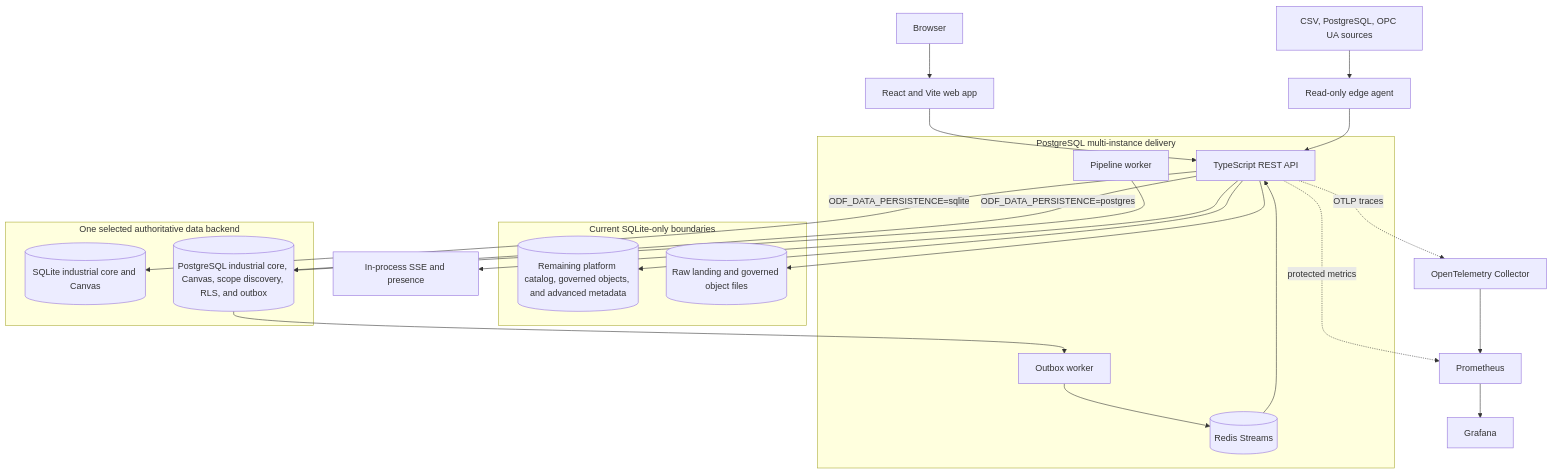
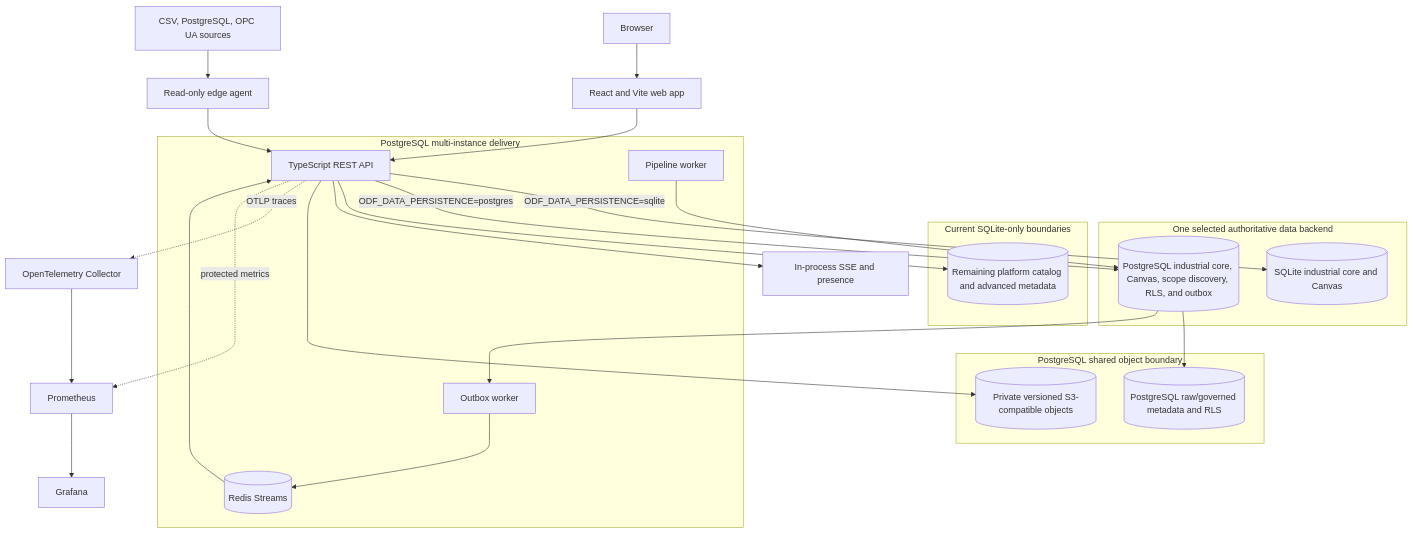
The first of 2 diagrams in README.md (HaydernCenterpoint/Open-Data-Fusion), drawn with Mermaid before and after one commit. The commit also changed other lines of this file and 25 other files, not shown here.

Commit message:
feat: add shared postgres object storage

````diff
--- a/README.md
+++ b/README.md
@@ -123,37 +126,42 @@
 ```mermaid
 flowchart TB
     Browser[Browser] --> Web[React and Vite web app]
     Web --> API[TypeScript REST API]
 
     Sources[CSV, PostgreSQL, OPC UA sources] --> Edge[Read-only edge agent]
     Edge --> API
 
     subgraph Selected[One selected authoritative data backend]
         SQLite[(SQLite industrial core and Canvas)]
         PG[(PostgreSQL industrial core, Canvas, scope discovery, RLS, and outbox)]
     end
 
     API -->|ODF_DATA_PERSISTENCE=sqlite| SQLite
     API -->|ODF_DATA_PERSISTENCE=postgres| PG
 
     subgraph RemainingLocal[Current SQLite-only boundaries]
-        Metadata[(Remaining platform catalog, governed objects, and advanced metadata)]
-        Files[(Raw landing and governed object files)]
+        Metadata[(Remaining platform catalog and advanced metadata)]
     end
 
     API --> Metadata
-    API --> Files
     API --> SSE[In-process SSE and presence]
+
+    subgraph SharedObjects[PostgreSQL shared object boundary]
+        ObjectMetadata[(PostgreSQL raw/governed metadata and RLS)]
+        Objects[(Private versioned S3-compatible objects)]
+    end
+    PG --> ObjectMetadata
+    API --> Objects
 
     subgraph SharedEvents[PostgreSQL multi-instance delivery]
         Pipeline[Pipeline worker] --> PG
         PG --> Outbox[Outbox worker]
         Outbox --> Redis[(Redis Streams)]
         Redis --> API
     end
 
     API -. OTLP traces .-> Collector[OpenTelemetry Collector]
     API -. protected metrics .-> Prometheus[Prometheus]
     Collector --> Prometheus
     Prometheus --> Grafana[Grafana]
 ```
````
